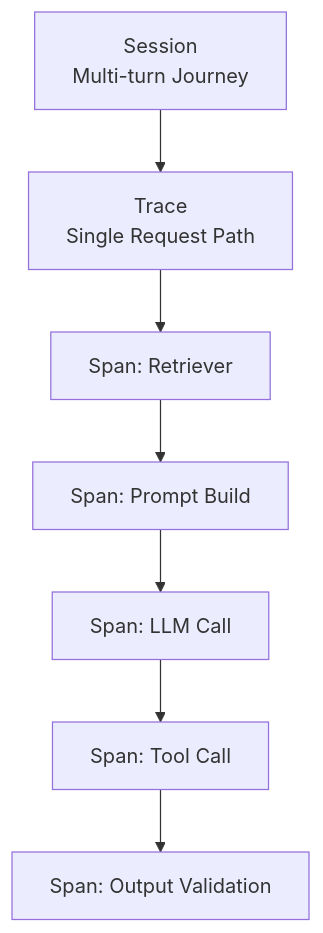
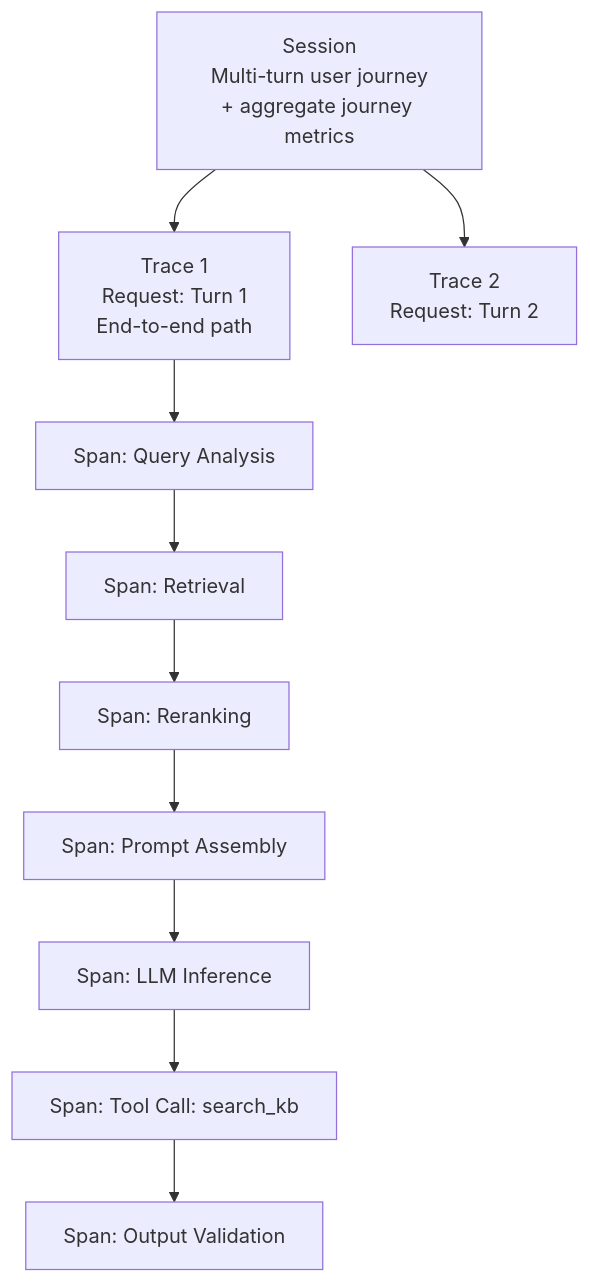
Before and after one commit to ashishpatel26/QA-For-AI-Product: the diagram in cookbook-site/docs/06-live-observability.md, drawn with Mermaid. The commit also changed other lines of this file and 16 other files, not shown here.

````diff
--- a/cookbook-site/docs/06-live-observability.md
+++ b/cookbook-site/docs/06-live-observability.md
@@ -11,13 +32,16 @@
 ```mermaid
 flowchart TB
-  S[Session\nMulti-turn Journey]
-  T[Trace\nSingle Request Path]
-  SP1[Span: Retriever]
-  SP2[Span: Prompt Build]
-  SP3[Span: LLM Call]
-  SP4[Span: Tool Call]
-  SP5[Span: Output Validation]
+  S[Session\nMulti-turn user journey\n+ aggregate journey metrics]
+  T1[Trace 1\nRequest: Turn 1\nEnd-to-end path]
+  T2[Trace 2\nRequest: Turn 2]
+  SP1[Span: Query Analysis]
+  SP2[Span: Retrieval]
+  SP3[Span: Reranking]
+  SP4[Span: Prompt Assembly]
+  SP5[Span: LLM Inference]
+  SP6[Span: Tool Call: search_kb]
+  SP7[Span: Output Validation]
 
-  S --> T
-  T --> SP1 --> SP2 --> SP3 --> SP4 --> SP5
+  S --> T1 --> SP1 --> SP2 --> SP3 --> SP4 --> SP5 --> SP6 --> SP7
+  S --> T2
 ```
````
